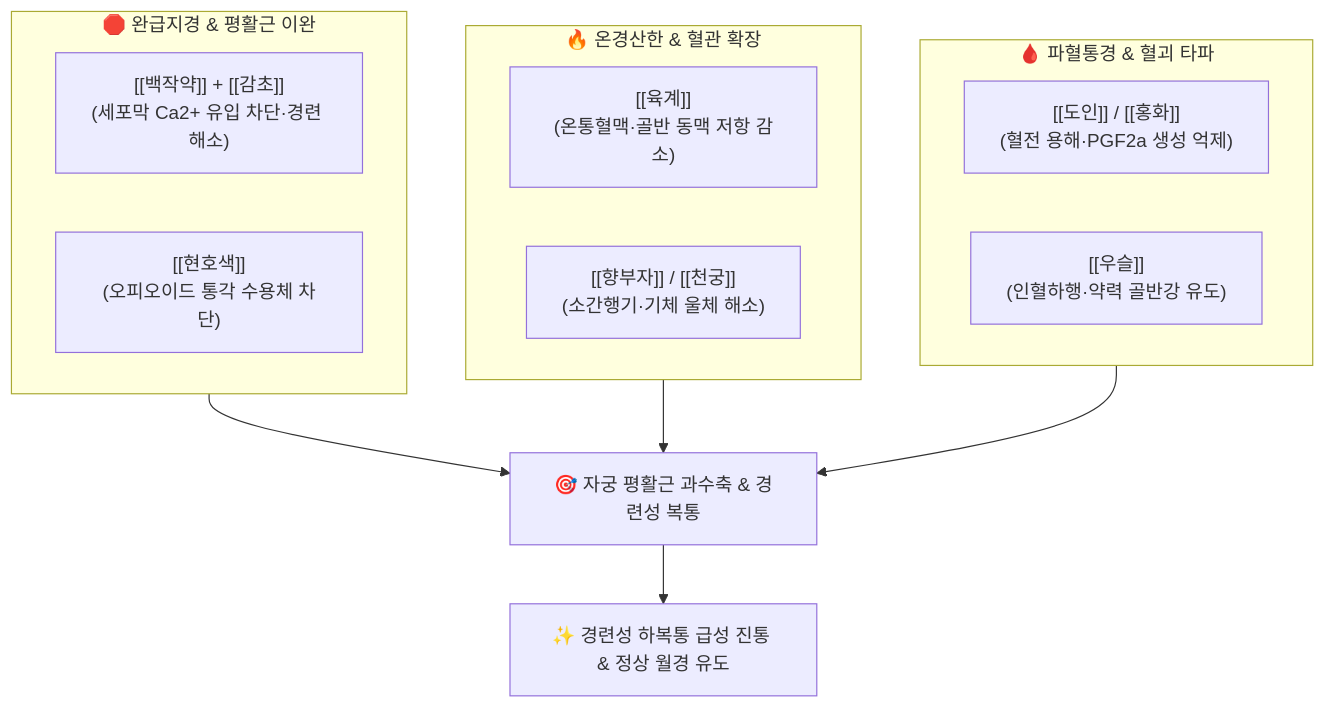
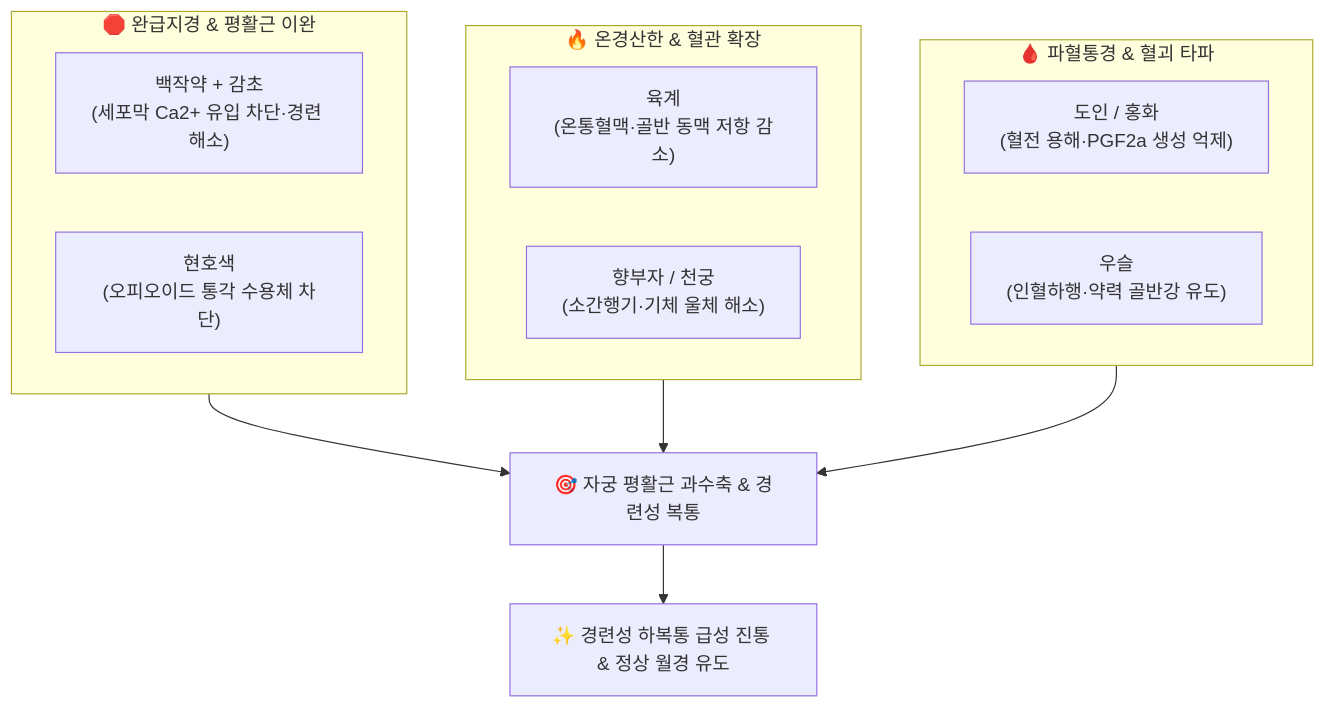
Before and after one commit to simbio11/simbio-digital-garden2: the diagram in content/2. 약리 공부/처방/05_활혈거어·지혈제/통경탕.md, drawn with Mermaid. The commit also changed other lines of this file and 105 other files, not shown here.

````diff
--- a/content/2. 약리 공부/처방/05_활혈거어·지혈제/통경탕.md
+++ b/content/2. 약리 공부/처방/05_활혈거어·지혈제/통경탕.md
@@ -67,22 +68,22 @@
 ```mermaid
 graph TD
     subgraph Spasm["🛑 완급지경 & 평활근 이완"]
-        S1["[[백작약]] + [[감초]]<br>(세포막 Ca2+ 유입 차단·경련 해소)"]
-        S2["[[현호색]]<br>(오피오이드 통각 수용체 차단)"]
+        S1["백작약 + 감초<br>(세포막 Ca2+ 유입 차단·경련 해소)"]
+        S2["현호색<br>(오피오이드 통각 수용체 차단)"]
     end
 
     subgraph Perfusion["🔥 온경산한 & 혈관 확장"]
-        P1["[[육계]]<br>(온통혈맥·골반 동맥 저항 감소)"]
-        P2["[[향부자]] / [[천궁]]<br>(소간행기·기체 울체 해소)"]
+        P1["육계<br>(온통혈맥·골반 동맥 저항 감소)"]
+        P2["향부자 / 천궁<br>(소간행기·기체 울체 해소)"]
     end
 
     subgraph Unblock["🩸 파혈통경 & 혈괴 타파"]
-        U1["[[도인]] / [[홍화]]<br>(혈전 용해·PGF2a 생성 억제)"]
-        U2["[[우슬]]<br>(인혈하행·약력 골반강 유도)"]
+        U1["도인 / 홍화<br>(혈전 용해·PGF2a 생성 억제)"]
+        U2["우슬<br>(인혈하행·약력 골반강 유도)"]
     end
 
     Spasm --> Target["🎯 자궁 평활근 과수축 & 경련성 복통"]
     Perfusion --> Target
     Unblock --> Target
     Target --> Outcome["✨ 경련성 하복통 급성 진통 & 정상 월경 유도"]
 ```
````
